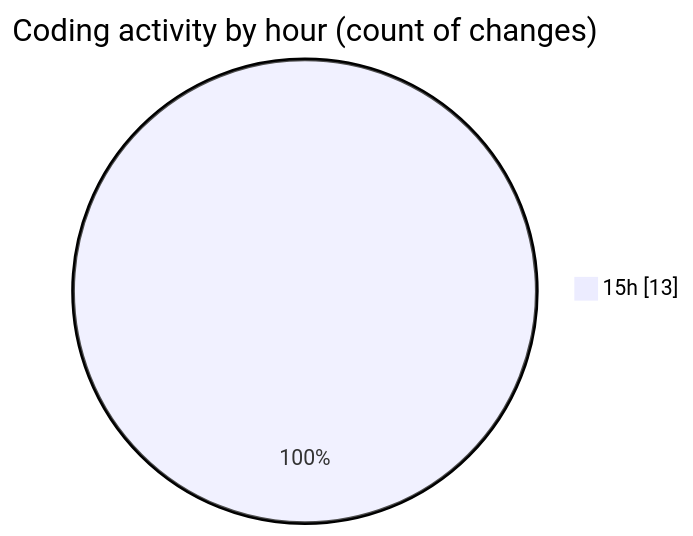
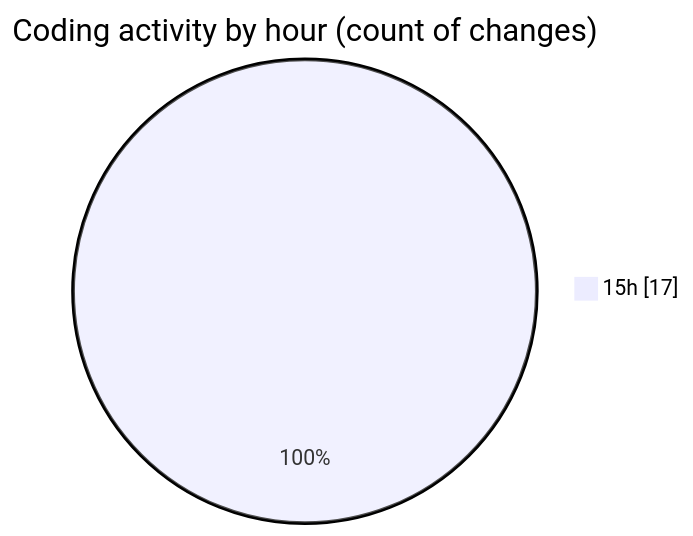
Before and after one commit to charlie-sans/code-tracking: the second of 2 diagrams in 2025-02-23/masm/README.md, drawn with Mermaid. The commit also changed other lines of this file and 1 other file, not shown here.

````diff
--- a/2025-02-23/masm/README.md
+++ b/2025-02-23/masm/README.md
@@ -30,5 +30,5 @@
 ```mermaid
 pie showData
 title Coding activity by hour (count of changes)
-"15h" : 13
+"15h" : 17
 ```
````
